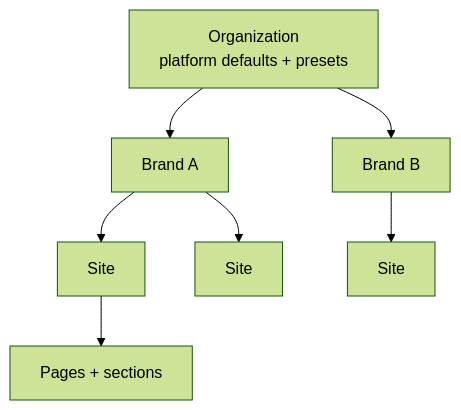
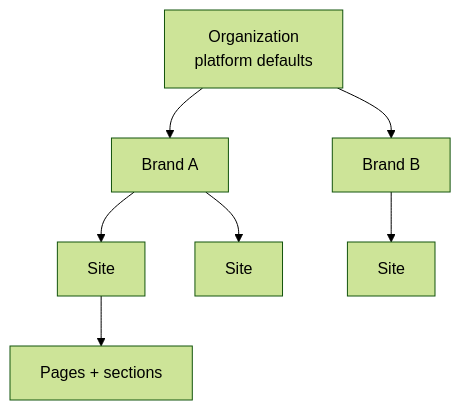
Before and after one commit to AdiRishi/pakshi: the second of 3 diagrams in docs/vision.mdx, drawn with Mermaid (forest theme). The commit also changed other lines of this file and 35 other files, not shown here.

````diff
--- a/docs/vision.mdx
+++ b/docs/vision.mdx
@@ -88,9 +88,9 @@
 ```mermaid
 flowchart TD
-  O[Organization<br/>platform defaults + presets] --> B1[Brand A]
+  O[Organization<br/>platform defaults] --> B1[Brand A]
   O --> B2[Brand B]
   B1 --> S1[Site]
   B1 --> S2[Site]
   B2 --> S3[Site]
   S1 --> P[Pages + sections]
 ```
````
